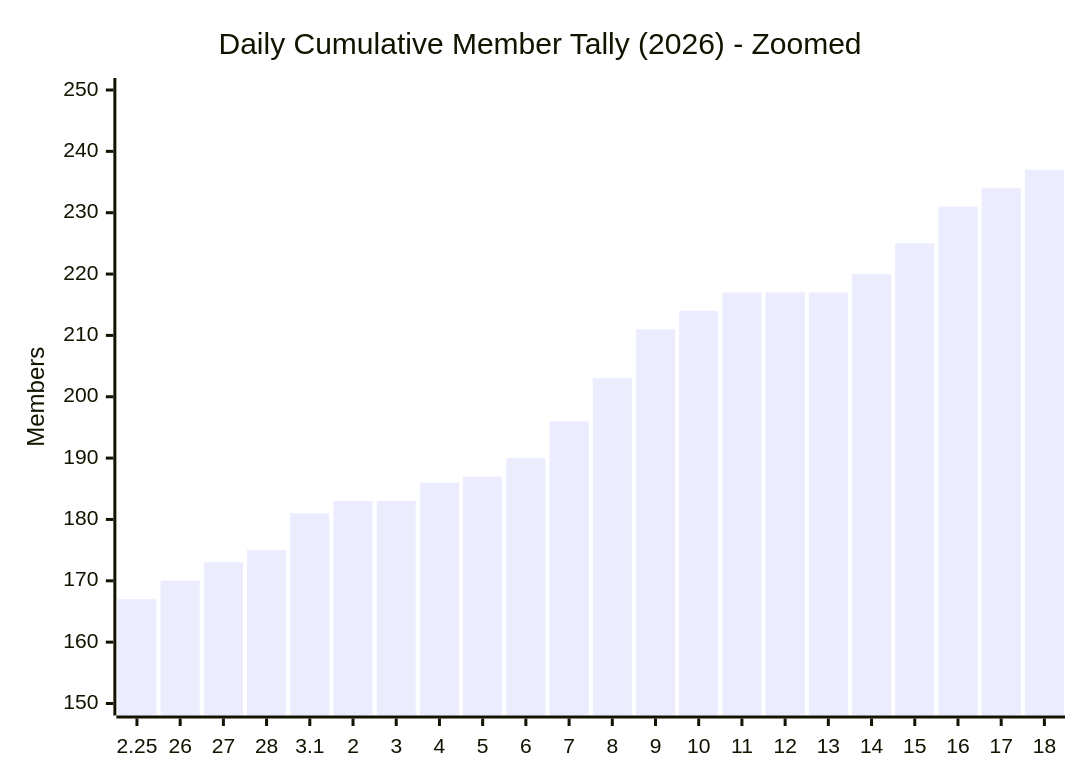
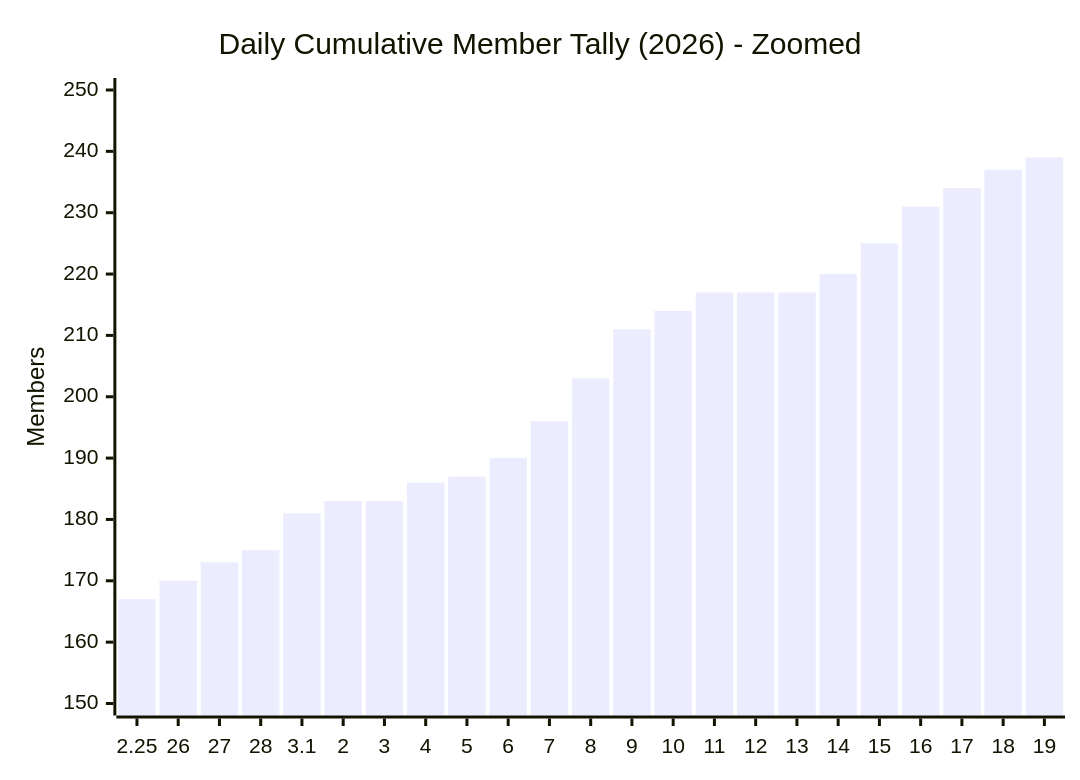
The second of 3 diagrams in exports/charts/daily-cumulative-member-tally-2026.md (MattSherwood/March-web), drawn with Mermaid before and after one commit. The commit also changed other lines of this file and 4 other files, not shown here.

````diff
--- a/exports/charts/daily-cumulative-member-tally-2026.md
+++ b/exports/charts/daily-cumulative-member-tally-2026.md
@@ -15,7 +15,7 @@
 ```mermaid
 xychart-beta
     title "Daily Cumulative Member Tally (2026) - Zoomed"
-    x-axis ["2.25", "26", "27", "28", "3.1", "2", "3", "4", "5", "6", "7", "8", "9", "10", "11", "12", "13", "14", "15", "16", "17", "18"]
+    x-axis ["2.25", "26", "27", "28", "3.1", "2", "3", "4", "5", "6", "7", "8", "9", "10", "11", "12", "13", "14", "15", "16", "17", "18", "19"]
     y-axis "Members" 150 --> 250
-    bar [167, 170, 173, 175, 181, 183, 183, 186, 187, 190, 196, 203, 211, 214, 217, 217, 217, 220, 225, 231, 234, 237]
+    bar [167, 170, 173, 175, 181, 183, 183, 186, 187, 190, 196, 203, 211, 214, 217, 217, 217, 220, 225, 231, 234, 237, 239]
 ```
````
